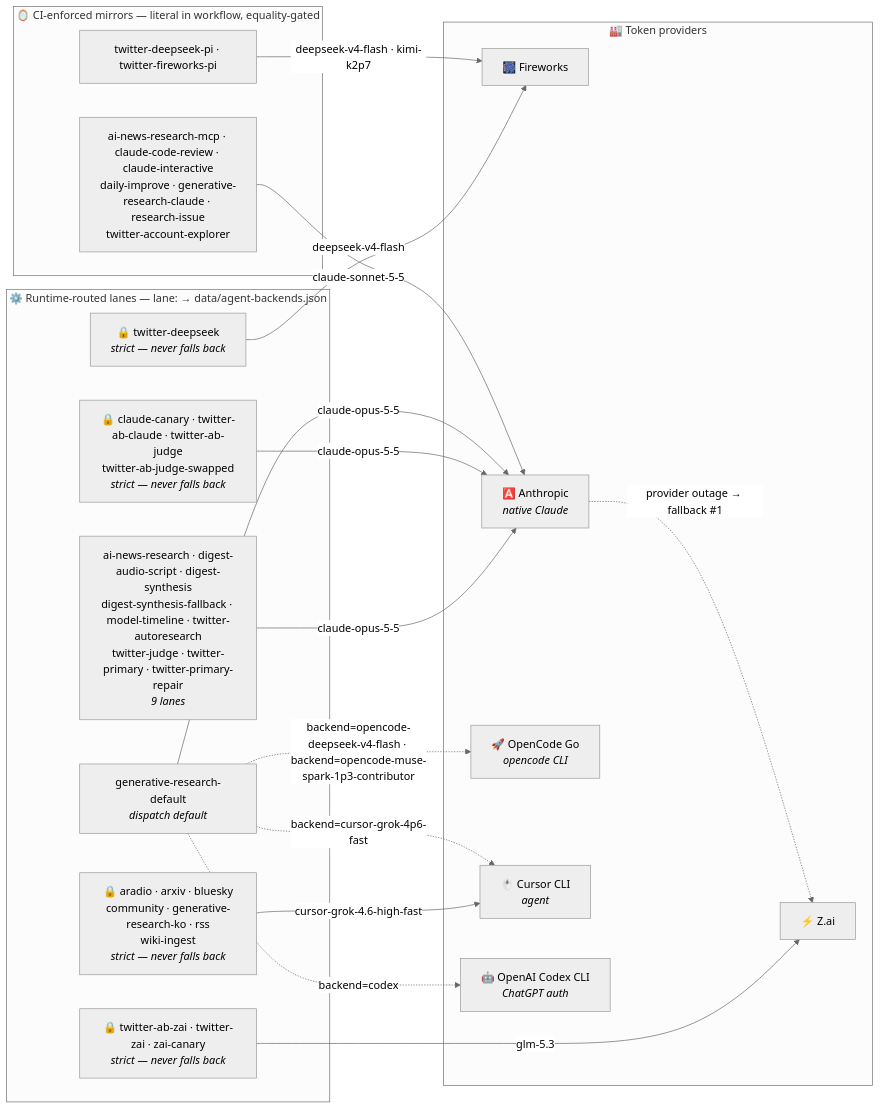
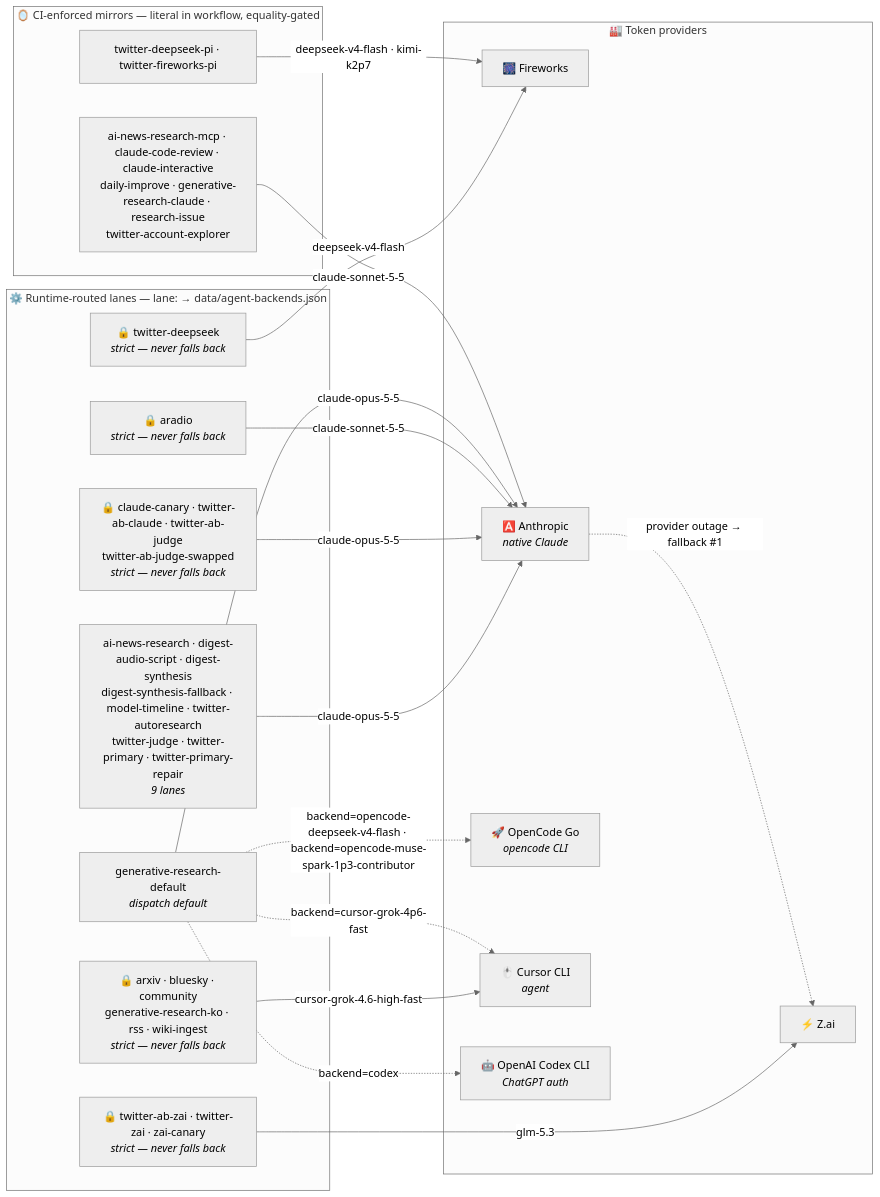
Before and after one commit to guzus/ai-research-arm: the second of 2 diagrams in README.md, drawn with Mermaid (neutral theme). The commit also changed 8 other files, not shown here.

First line of the commit message:
Route the Aradio editor to the isolated Claude adapter

````diff
--- a/README.md
+++ b/README.md
@@ -155,35 +155,37 @@
 ```mermaid
 flowchart LR
     subgraph runtime["⚙️ Runtime-routed lanes — lane: → data/agent-backends.json"]
         lanes0["ai-news-research · digest-audio-script · digest-synthesis<br/>digest-synthesis-fallback · model-timeline · twitter-autoresearch<br/>twitter-judge · twitter-primary · twitter-primary-repair<br/><i>9 lanes</i>"]
         strict0["🔒 claude-canary · twitter-ab-claude · twitter-ab-judge<br/>twitter-ab-judge-swapped<br/><i>strict — never falls back</i>"]
-        strict1["🔒 aradio · arxiv · bluesky<br/>community · generative-research-ko · rss<br/>wiki-ingest<br/><i>strict — never falls back</i>"]
-        strict2["🔒 twitter-deepseek<br/><i>strict — never falls back</i>"]
-        strict3["🔒 twitter-ab-zai · twitter-zai · zai-canary<br/><i>strict — never falls back</i>"]
+        strict1["🔒 aradio<br/><i>strict — never falls back</i>"]
+        strict2["🔒 arxiv · bluesky · community<br/>generative-research-ko · rss · wiki-ingest<br/><i>strict — never falls back</i>"]
+        strict3["🔒 twitter-deepseek<br/><i>strict — never falls back</i>"]
+        strict4["🔒 twitter-ab-zai · twitter-zai · zai-canary<br/><i>strict — never falls back</i>"]
         gendef["generative-research-default<br/><i>dispatch default</i>"]
     end
     subgraph mirrors["🪞 CI-enforced mirrors — literal in workflow, equality-gated"]
         pi["twitter-deepseek-pi · twitter-fireworks-pi"]
         native["ai-news-research-mcp · claude-code-review · claude-interactive<br/>daily-improve · generative-research-claude · research-issue<br/>twitter-account-explorer"]
     end
     subgraph providers["🏭 Token providers"]
         FW["🎆 Fireworks"]
         ZAI["⚡ Z.ai"]
         ANT["🅰️ Anthropic<br/><i>native Claude</i>"]
         OC["🚀 OpenCode Go<br/><i>opencode CLI</i>"]
         CUR["🖱️ Cursor CLI<br/><i>agent</i>"]
         OAI["🤖 OpenAI Codex CLI<br/><i>ChatGPT auth</i>"]
     end
     lanes0 -->|"claude-opus-5-5"| ANT
     strict0 -->|"claude-opus-5-5"| ANT
-    strict1 -->|"cursor-grok-4.6-high-fast"| CUR
-    strict2 -->|"deepseek-v4-flash"| FW
-    strict3 -->|"glm-5.3"| ZAI
+    strict1 -->|"claude-sonnet-5-5"| ANT
+    strict2 -->|"cursor-grok-4.6-high-fast"| CUR
+    strict3 -->|"deepseek-v4-flash"| FW
+    strict4 -->|"glm-5.3"| ZAI
     gendef -->|"claude-opus-5-5"| ANT
     pi -->|"deepseek-v4-flash · kimi-k2p7"| FW
     native -->|"claude-sonnet-5-5"| ANT
     gendef -.->|"backend=codex"| OAI
     gendef -.->|"backend=opencode-deepseek-v4-flash · backend=opencode-muse-spark-1p3-contributor"| OC
     gendef -.->|"backend=cursor-grok-4p6-fast"| CUR
     ANT -. "provider outage → fallback #1" .-> ZAI
 ```
````
